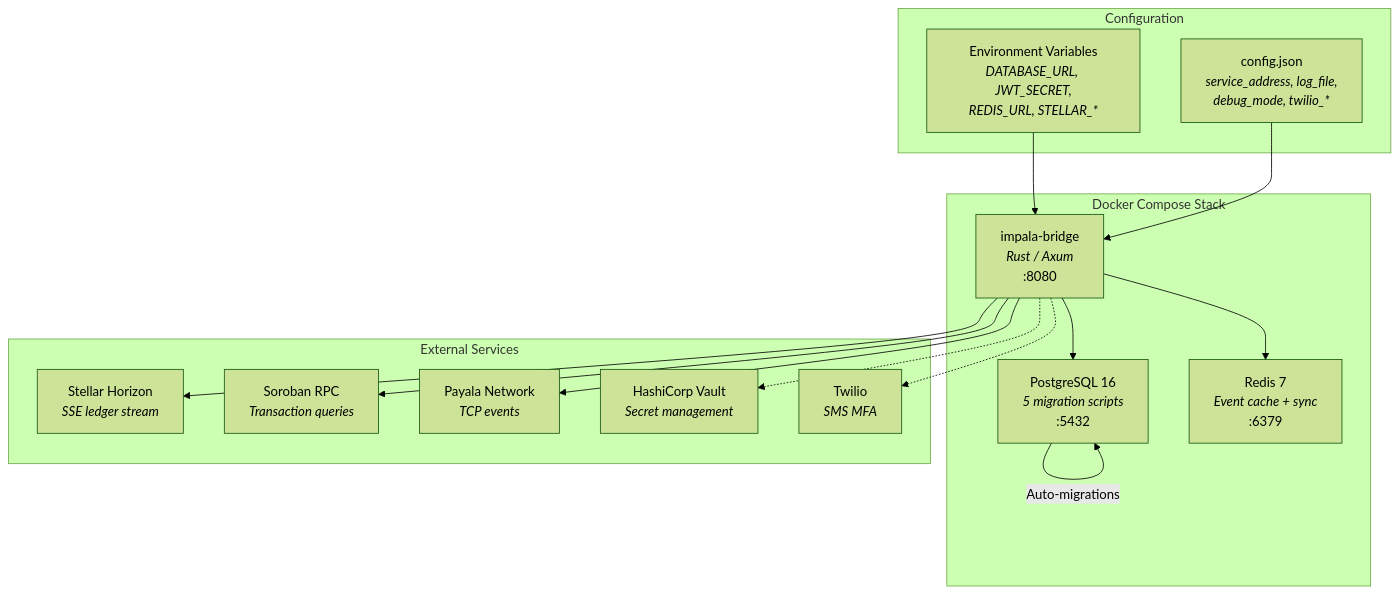
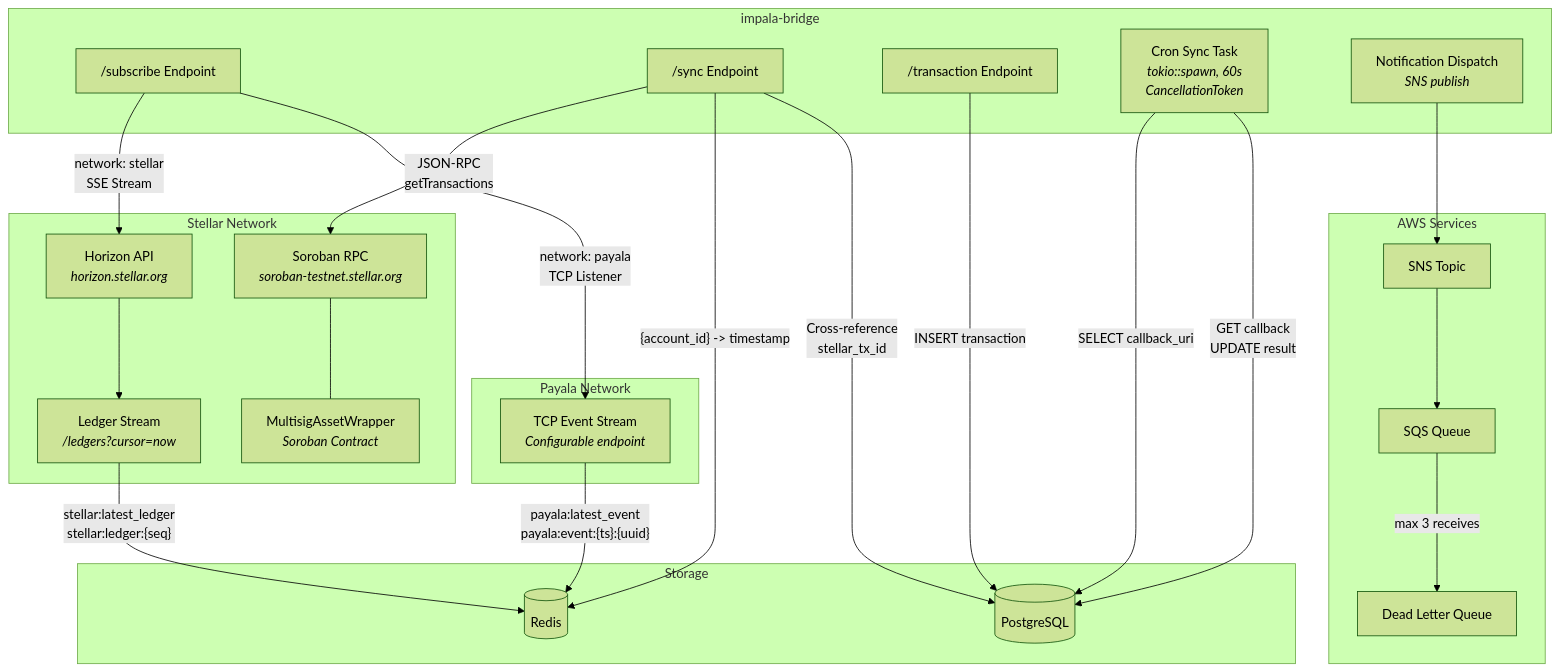
The eighth of 11 diagrams in ARCHITECTURE.md (Financial-Empowerment-Partners/impala), drawn with Mermaid (forest theme) before and after one commit. The commit also changed other lines of this file and 1 other file, not shown here.

````diff
--- a/ARCHITECTURE.md
+++ b/ARCHITECTURE.md
@@ -442,34 +694,54 @@
 ```mermaid
 graph TB
-    subgraph DockerCompose["Docker Compose Stack"]
-        BridgeContainer["impala-bridge<br/><i>Rust / Axum</i><br/>:8080"]
-        PGContainer["PostgreSQL 16<br/><i>5 migration scripts</i><br/>:5432"]
-        RedisContainer["Redis 7<br/><i>Event cache + sync</i><br/>:6379"]
+    subgraph Bridge["impala-bridge"]
+        SubEndpoint["/subscribe Endpoint"]
+        SyncEndpoint["/sync Endpoint"]
+        TxEndpoint["/transaction Endpoint"]
+        CronTask["Cron Sync Task<br/><i>tokio::spawn, 60s<br/>CancellationToken</i>"]
+        NotifyDispatch["Notification Dispatch<br/><i>SNS publish</i>"]
     end
 
-    subgraph External["External Services"]
-        Horizon["Stellar Horizon<br/><i>SSE ledger stream</i>"]
-        SorobanRPC["Soroban RPC<br/><i>Transaction queries</i>"]
-        PayalaTCP["Payala Network<br/><i>TCP events</i>"]
-        VaultServer["HashiCorp Vault<br/><i>Secret management</i>"]
-        Twilio["Twilio<br/><i>SMS MFA</i>"]
+    subgraph Stellar["Stellar Network"]
+        Horizon["Horizon API<br/><i>horizon.stellar.org</i>"]
+        SorobanRPC["Soroban RPC<br/><i>soroban-testnet.stellar.org</i>"]
+        Ledgers["Ledger Stream<br/><i>/ledgers?cursor=now</i>"]
+        SorobanContract["MultisigAssetWrapper<br/><i>Soroban Contract</i>"]
     end
 
-    subgraph Config["Configuration"]
-        EnvVars["Environment Variables<br/><i>DATABASE_URL, JWT_SECRET,<br/>REDIS_URL, STELLAR_*</i>"]
-        ConfigFile["config.json<br/><i>service_address, log_file,<br/>debug_mode, twilio_*</i>"]
+    subgraph Payala["Payala Network"]
+        PayalaTCP["TCP Event Stream<br/><i>Configurable endpoint</i>"]
     end
 
-    BridgeContainer --> PGContainer
-    BridgeContainer --> RedisContainer
-    BridgeContainer --> Horizon
-    BridgeContainer --> SorobanRPC
-    BridgeContainer --> PayalaTCP
-    BridgeContainer -.-> VaultServer
-    BridgeContainer -.-> Twilio
+    subgraph Storage["Storage"]
+        Redis[("Redis")]
+        Postgres[("PostgreSQL")]
+    end
 
-    EnvVars --> BridgeContainer
-    ConfigFile --> BridgeContainer
+    subgraph AWS["AWS Services"]
+        SNS["SNS Topic"]
+        SQS["SQS Queue"]
+        DLQ["Dead Letter Queue"]
+    end
 
-    PGContainer -->|"Auto-migrations"| PGContainer
+    SubEndpoint -->|"network: stellar<br/>SSE Stream"| Horizon
+    Horizon --> Ledgers
+    SubEndpoint -->|"network: payala<br/>TCP Listener"| PayalaTCP
+
+    SyncEndpoint -->|"JSON-RPC<br/>getTransactions"| SorobanRPC
+
+    Ledgers -->|"stellar:latest_ledger<br/>stellar:ledger:{seq}"| Redis
+    PayalaTCP -->|"payala:latest_event<br/>payala:event:{ts}:{uuid}"| Redis
+    SyncEndpoint -->|"{account_id} -> timestamp"| Redis
+
+    TxEndpoint -->|"INSERT transaction"| Postgres
+    SyncEndpoint -->|"Cross-reference<br/>stellar_tx_id"| Postgres
+
+    CronTask -->|"SELECT callback_uri"| Postgres
+    CronTask -->|"GET callback<br/>UPDATE result"| Postgres
+
+    NotifyDispatch --> SNS
+    SNS --> SQS
+    SQS -->|"max 3 receives"| DLQ
+
+    SorobanRPC --- SorobanContract
 ```
````
